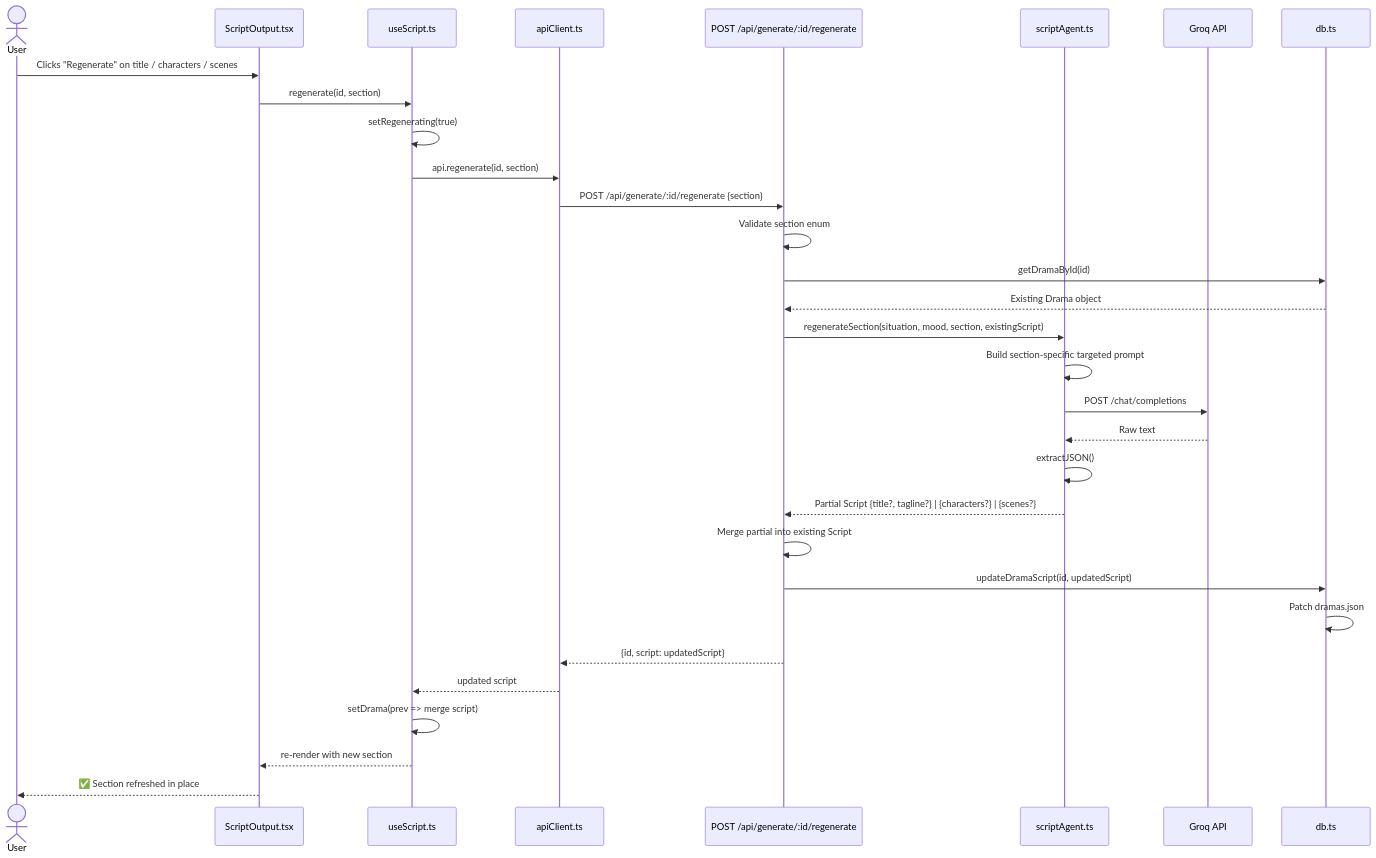
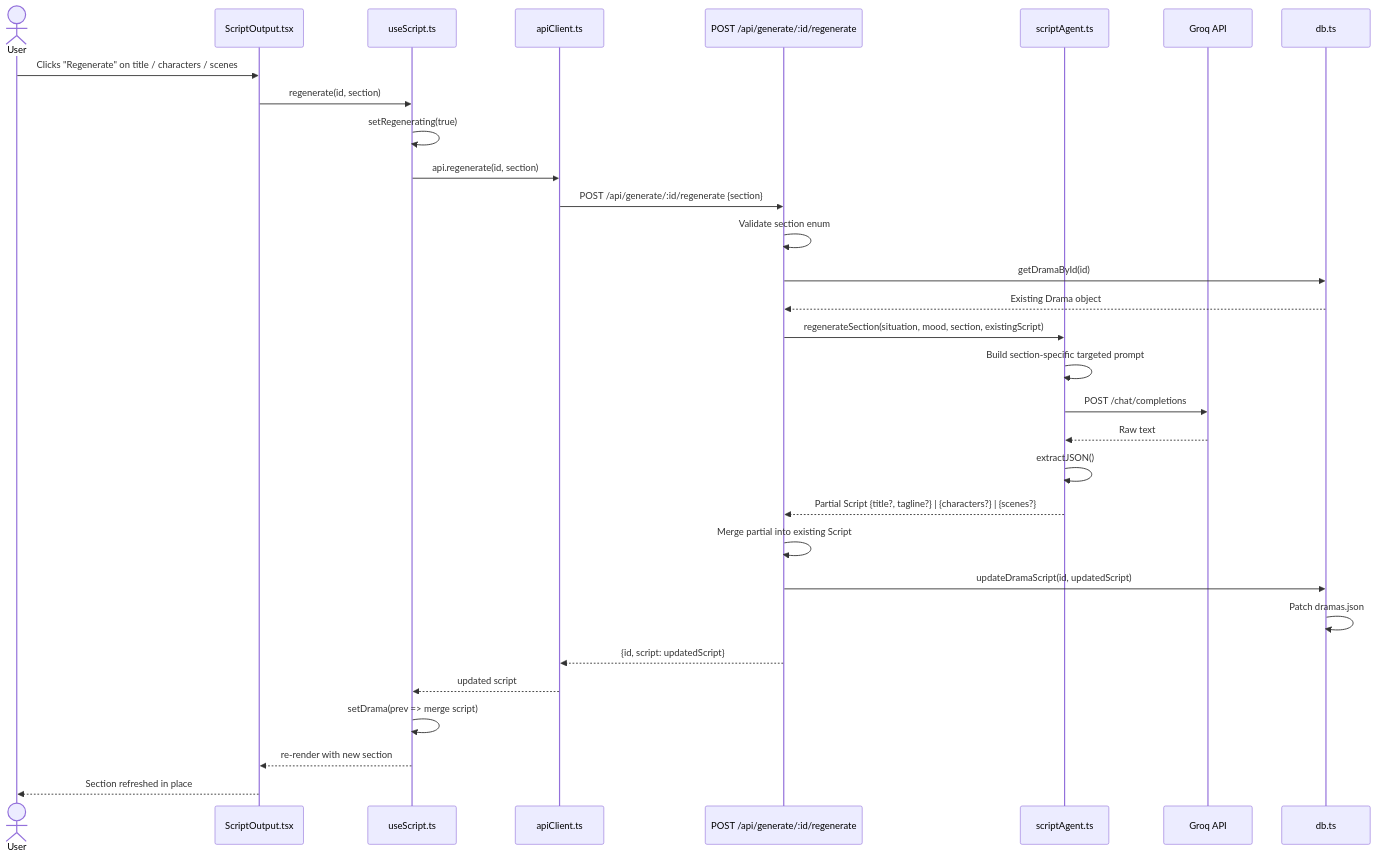
The third of 3 diagrams in README.md (prakharsingh-74/deepshort-Assg), drawn with Mermaid before and after one commit. The commit also changed other lines of this file, not shown here.

````diff
--- a/README.md
+++ b/README.md
@@ -229,39 +229,39 @@
 ```mermaid
 sequenceDiagram
     actor User
     participant UI as ScriptOutput.tsx
     participant Hook as useScript.ts
     participant Client as apiClient.ts
     participant API as POST /api/generate/:id/regenerate
     participant Agent as scriptAgent.ts
     participant Groq as Groq API
     participant DB as db.ts
 
     User->>UI: Clicks "Regenerate" on title / characters / scenes
     UI->>Hook: regenerate(id, section)
     Hook->>Hook: setRegenerating(true)
     Hook->>Client: api.regenerate(id, section)
     Client->>API: POST /api/generate/:id/regenerate {section}
 
     API->>API: Validate section enum
     API->>DB: getDramaById(id)
     DB-->>API: Existing Drama object
 
     API->>Agent: regenerateSection(situation, mood, section, existingScript)
     Agent->>Agent: Build section-specific targeted prompt
     Agent->>Groq: POST /chat/completions
     Groq-->>Agent: Raw text
 
     Agent->>Agent: extractJSON()
     Agent-->>API: Partial Script {title?, tagline?} | {characters?} | {scenes?}
 
     API->>API: Merge partial into existing Script
     API->>DB: updateDramaScript(id, updatedScript)
     DB->>DB: Patch dramas.json
     API-->>Client: {id, script: updatedScript}
 
     Client-->>Hook: updated script
     Hook->>Hook: setDrama(prev => merge script)
     Hook-->>UI: re-render with new section
-    UI-->>User: ✅ Section refreshed in place
+    UI-->>User: Section refreshed in place
 ```
````
